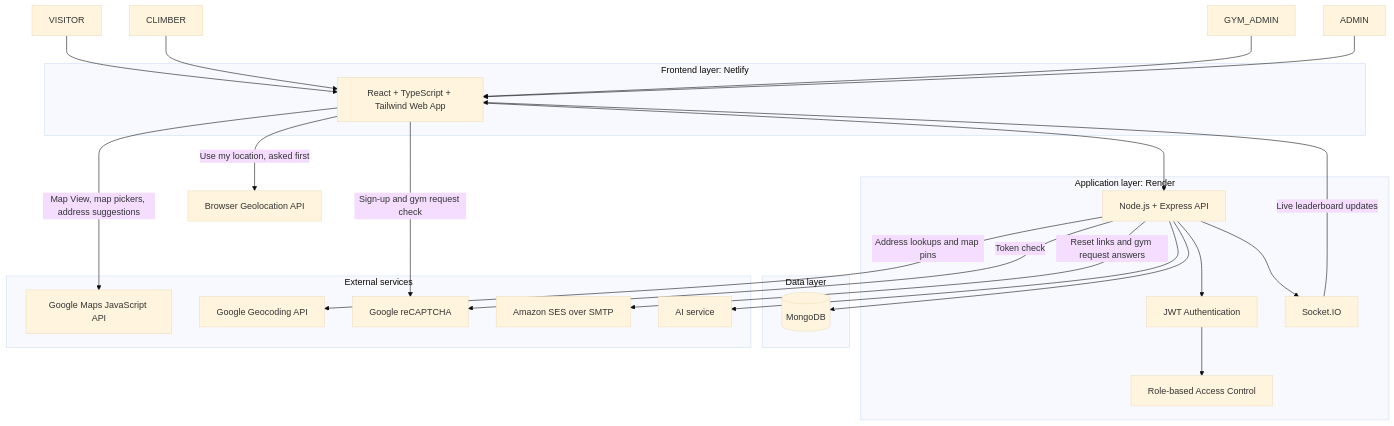
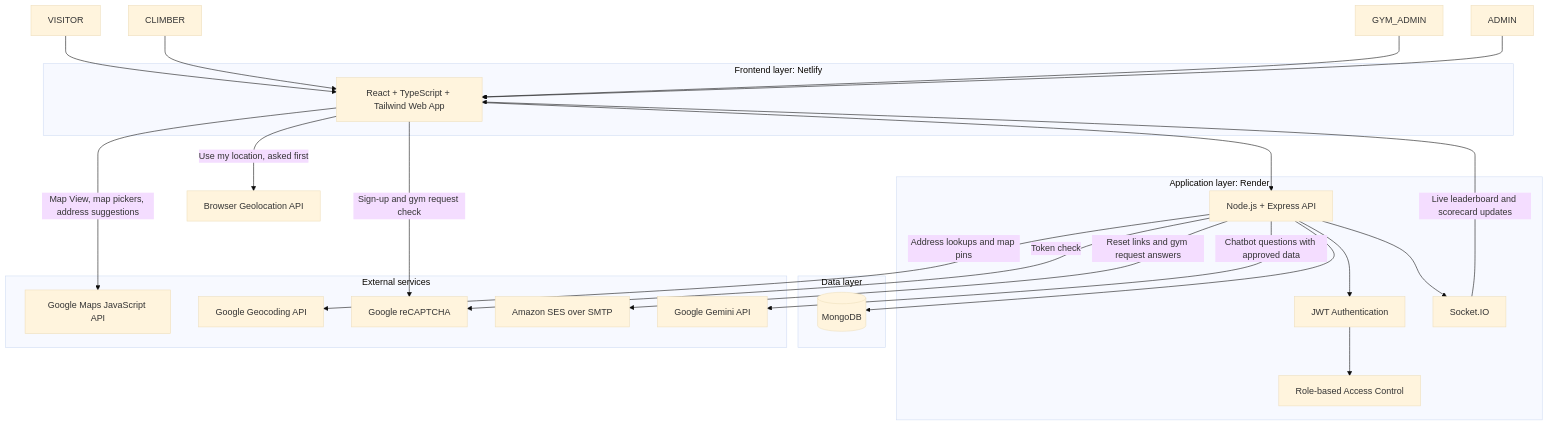
One commit to COMP313-T3/Software-Project-2 changed the first of 2 diagrams in specs/specs.md. Above: the diagram before and after it, drawn with Mermaid (base theme). The commit also changed other lines of this file and 12 other files, not shown here.

````diff
--- a/specs/specs.md
+++ b/specs/specs.md
@@ -400,39 +414,39 @@
 ```mermaid
 flowchart TB
     V[VISITOR] --> UI
     C[CLIMBER] --> UI
     GA[GYM_ADMIN] --> UI
     A[ADMIN] --> UI
     subgraph FRONTEND[Frontend layer: Netlify]
         UI[React + TypeScript + Tailwind Web App]
     end
     subgraph APPLICATION[Application layer: Render]
         API[Node.js + Express API]
         AUTH[JWT Authentication]
         RBAC[Role-based Access Control]
         SOCKET[Socket.IO]
     end
     subgraph DATA[Data layer]
         DB[(MongoDB)]
     end
     subgraph EXTERNAL[External services]
         MAPS[Google Maps JavaScript API]
         GEO[Google Geocoding API]
         CAPTCHA[Google reCAPTCHA]
         MAIL[Amazon SES over SMTP]
-        AI[AI service]
+        AI[Google Gemini API]
     end
     UI --> API
     UI -->|Map View, map pickers, address suggestions| MAPS
     UI -->|Use my location, asked first| LOC[Browser Geolocation API]
     UI -->|Sign-up and gym request check| CAPTCHA
     API --> AUTH
     AUTH --> RBAC
     API --> SOCKET
-    SOCKET -->|Live leaderboard updates| UI
+    SOCKET -->|Live leaderboard and scorecard updates| UI
     API --> DB
     API -->|Address lookups and map pins| GEO
     API -->|Token check| CAPTCHA
     API -->|Reset links and gym request answers| MAIL
-    API --> AI
+    API -->|Chatbot questions with approved data| AI
 ```
````
